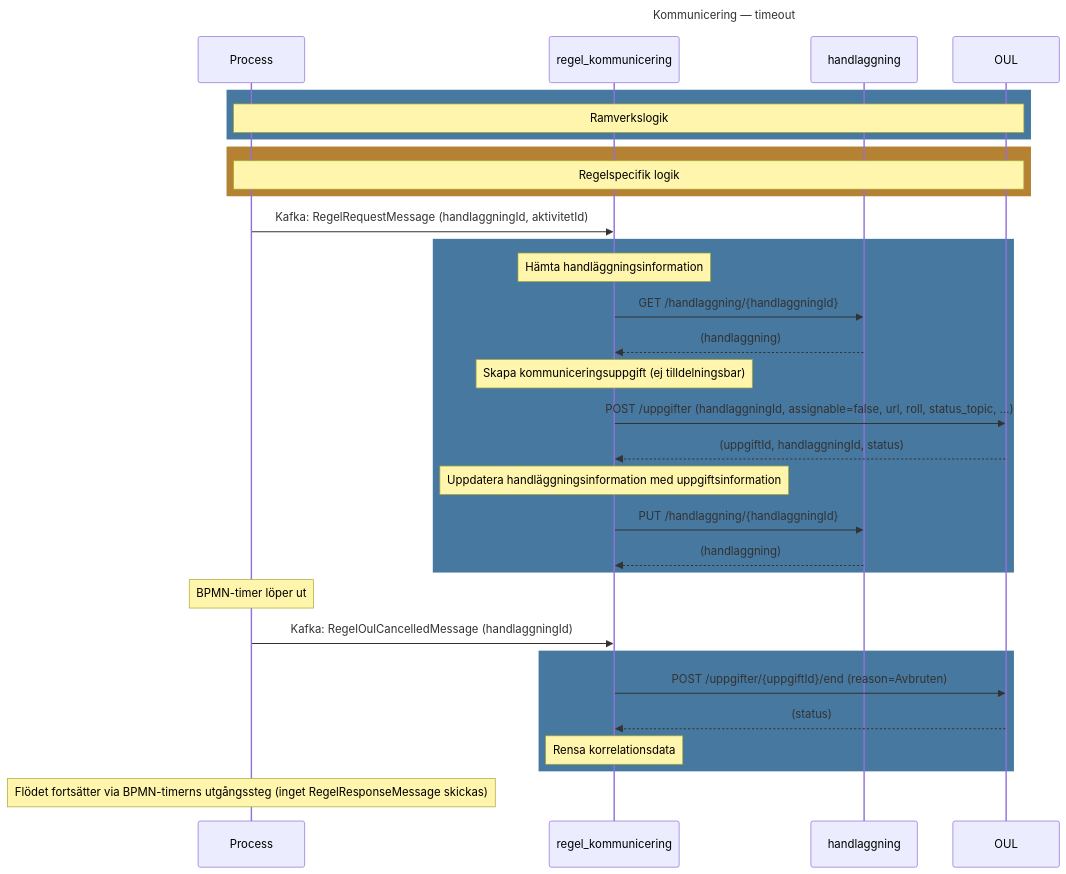
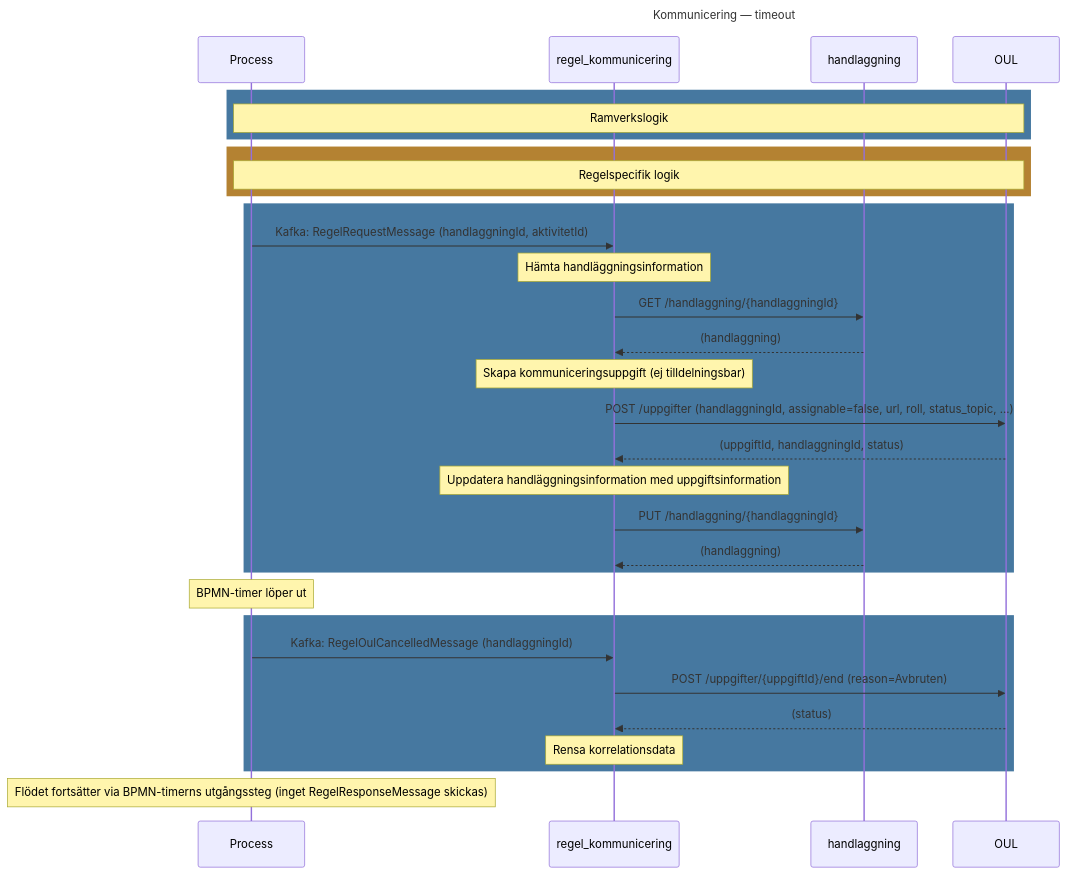
Before and after one commit to Forsakringskassan/rimfrost: the diagram in sequences/kommunicering/kommunicering_timeout.mmd, drawn with Mermaid. The commit also changed other lines of this file and 5 other files, not shown here.

Commit message:
fix: move incoming Kafka messages inside framework rects in sequence diagrams

```diff
--- a/sequences/kommunicering/kommunicering_timeout.mmd
+++ b/sequences/kommunicering/kommunicering_timeout.mmd
@@ -1,43 +1,43 @@
 sequenceDiagram
     title Kommunicering — timeout
 
     participant Process
     participant regel_kommunicering
     participant handlaggning
     participant OUL
 
 rect rgb(70, 120, 160)
     note over Process,OUL: Ramverkslogik
 end
 rect rgb(180, 130, 50)
     note over Process,OUL: Regelspecifik logik
 end
 
+rect rgb(70, 120, 160)
     Process ->> regel_kommunicering: Kafka: RegelRequestMessage (handlaggningId, aktivitetId)
 
-rect rgb(70, 120, 160)
     note over regel_kommunicering: Hämta handläggningsinformation
     regel_kommunicering ->> handlaggning: GET /handlaggning/{handlaggningId}
     handlaggning -->> regel_kommunicering: (handlaggning)
 
     note over regel_kommunicering: Skapa kommuniceringsuppgift (ej tilldelningsbar)
     regel_kommunicering ->> OUL: POST /uppgifter (handlaggningId, assignable=false, url, roll, status_topic, ...)
     OUL -->> regel_kommunicering: (uppgiftId, handlaggningId, status)
 
     note over regel_kommunicering: Uppdatera handläggningsinformation med uppgiftsinformation
     regel_kommunicering ->> handlaggning: PUT /handlaggning/{handlaggningId}
     handlaggning -->> regel_kommunicering: (handlaggning)
 end
 
     note over Process: BPMN-timer löper ut
 
+rect rgb(70, 120, 160)
     Process ->> regel_kommunicering: Kafka: RegelOulCancelledMessage (handlaggningId)
 
-rect rgb(70, 120, 160)
     regel_kommunicering ->> OUL: POST /uppgifter/{uppgiftId}/end (reason=Avbruten)
     OUL -->> regel_kommunicering: (status)
 
     note over regel_kommunicering: Rensa korrelationsdata
 end
 
     note over Process: Flödet fortsätter via BPMN-timerns utgångssteg (inget RegelResponseMessage skickas)
```
